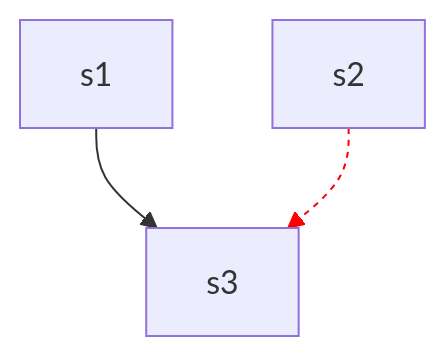
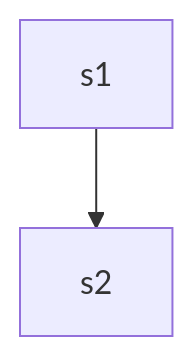
The diagram in figure1.md (flicksolutions/piecemeal), drawn with Mermaid before and after one commit. The commit also changed 10 other files, not shown here.

````diff
--- a/figure1.md
+++ b/figure1.md
@@ -1,6 +1,4 @@
 ```mermaid
   graph TD;
-    s1-->s3;
-    s2-.->s3;
-  linkStyle 1 stroke:red,stroke-dasharray:3;
+    s1-->s2;
 ```
````
